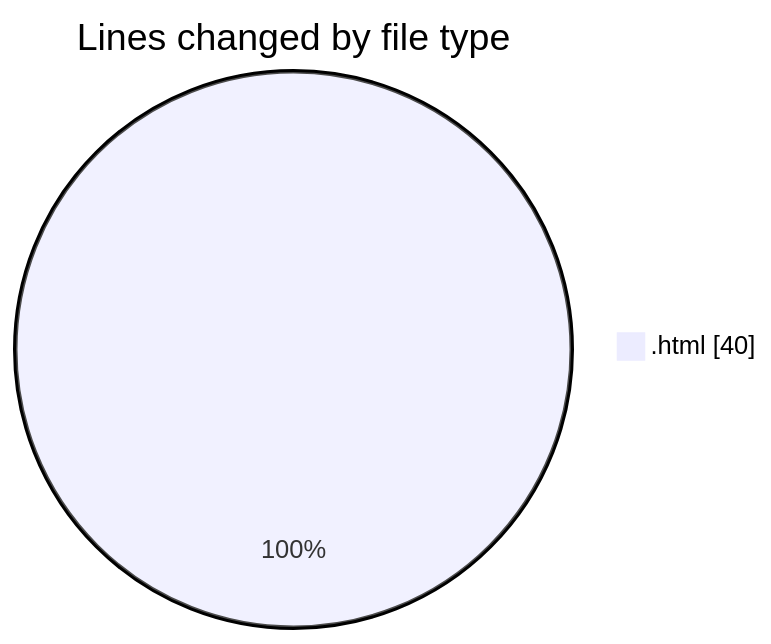
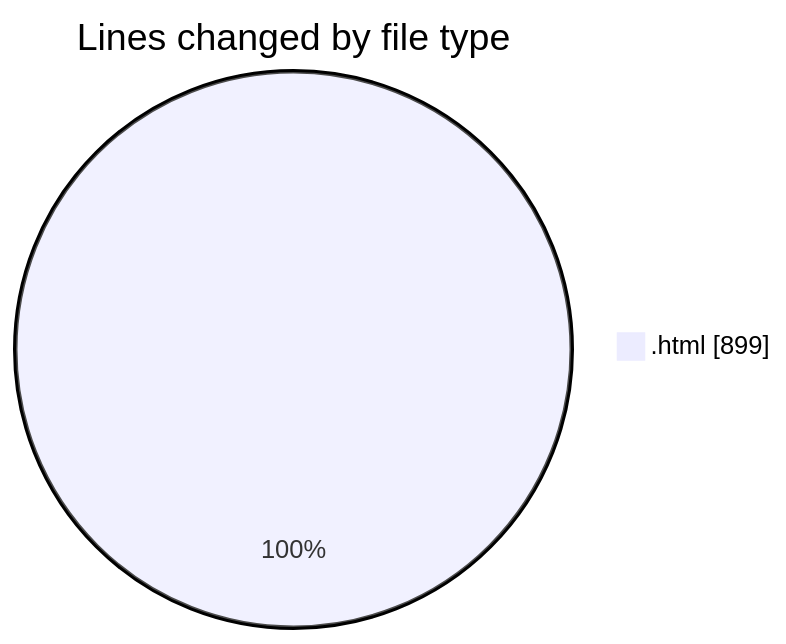
One commit to hasnaa123/code-tracking changed the first of 2 diagrams in 2025-12-25/technologie_web/README.md. Above: the diagram before and after it, drawn with Mermaid. The commit also changed other lines of this file and 1 other file, not shown here.

````diff
--- a/2025-12-25/technologie_web/README.md
+++ b/2025-12-25/technologie_web/README.md
@@ -20,5 +21,5 @@
 ```mermaid
 pie showData
 title Lines changed by file type
-".html" : 40
+".html" : 899
 ```
````
